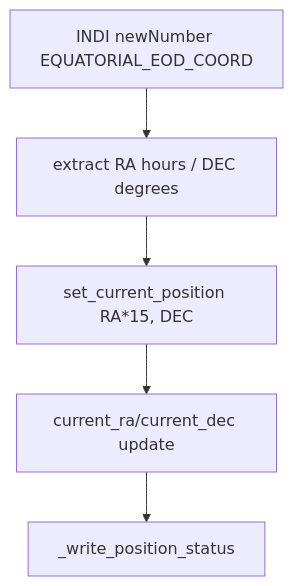
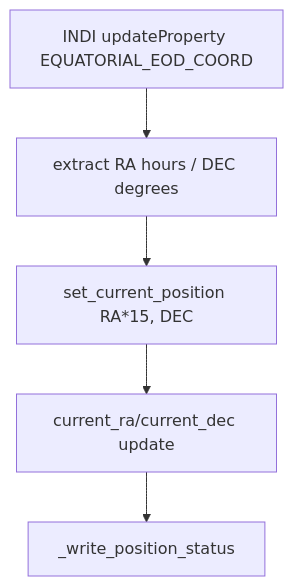
The fifth of 10 diagrams in docs/mf_mountcontrol_indi_flow_en.md (hjoungjoo/MF_PiFinder), drawn with Mermaid before and after one commit. The commit also changed other lines of this file and 18 other files, not shown here.

First line of the commit message:
docs: sync plan/flow docs with 2026-07-17 fusion and UI changes

````diff
--- a/docs/mf_mountcontrol_indi_flow_en.md
+++ b/docs/mf_mountcontrol_indi_flow_en.md
@@ -197,7 +201,7 @@
 ```mermaid
 flowchart TD
-    A[INDI newNumber EQUATORIAL_EOD_COORD] --> B[extract RA hours / DEC degrees]
+    A[INDI updateProperty EQUATORIAL_EOD_COORD] --> B[extract RA hours / DEC degrees]
     B --> C[set_current_position RA*15, DEC]
     C --> D[current_ra/current_dec update]
     D --> E[_write_position_status]
 ```
````
